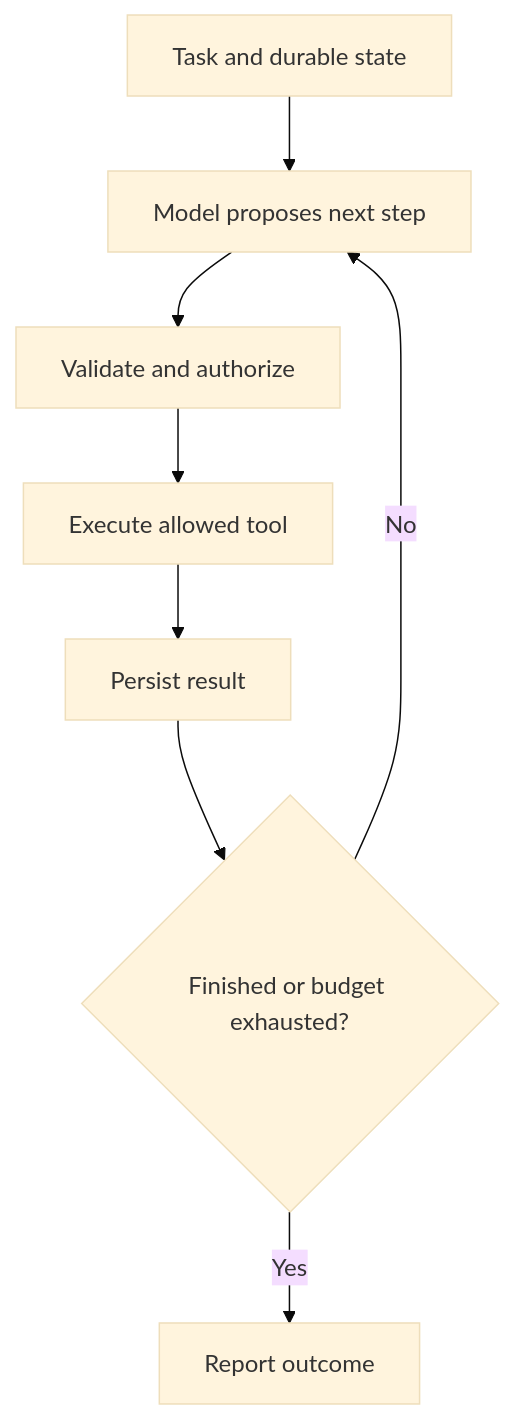
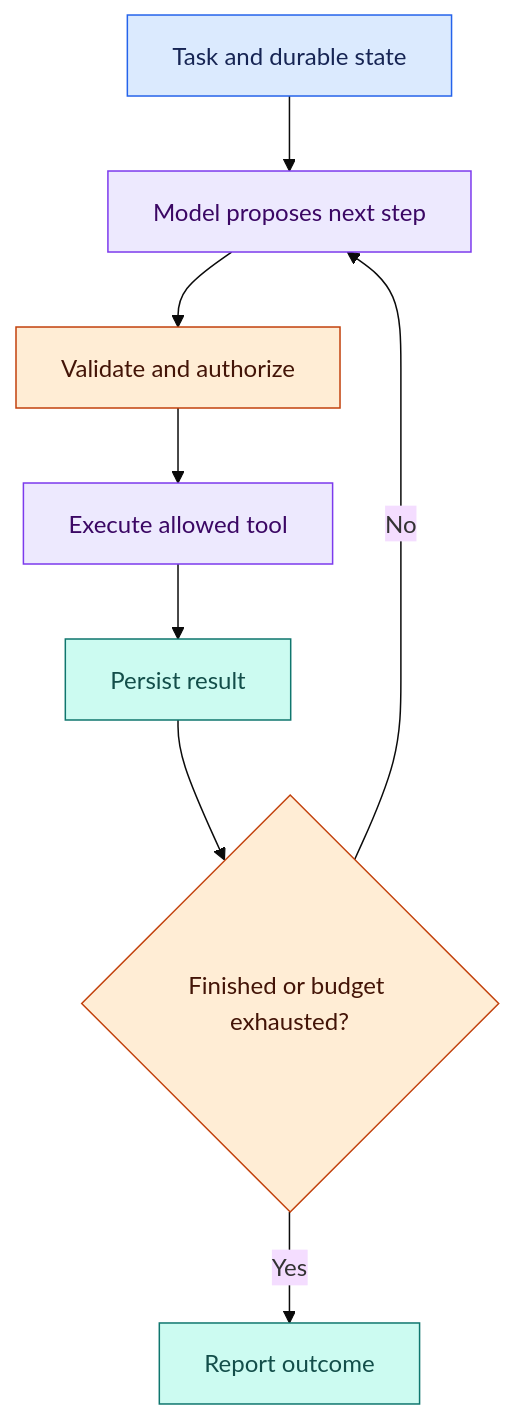
Before and after one commit to Shaktiprasadram22/system-design-26-week-roadmap: the first of 6 diagrams in chapters/06-agents-and-ai-production.md, drawn with Mermaid (base theme). The commit also changed other lines of this file and 21 other files, not shown here.

````diff
--- a/chapters/06-agents-and-ai-production.md
+++ b/chapters/06-agents-and-ai-production.md
@@ -37,10 +40,19 @@
 ```mermaid
 flowchart TD
     A[Task and durable state] --> B[Model proposes next step]
     B --> C[Validate and authorize]
     C --> D[Execute allowed tool]
     D --> E[Persist result]
     E --> F{Finished or budget exhausted?}
     F -->|No| B
     F -->|Yes| G[Report outcome]
+
+    classDef input fill:#dbeafe,stroke:#2563eb,color:#172554;
+    classDef service fill:#ede9fe,stroke:#7c3aed,color:#3b0764;
+    classDef data fill:#ccfbf1,stroke:#0f766e,color:#134e4a;
+    classDef edge fill:#ffedd5,stroke:#c2410c,color:#431407;
+    class A input;
+    class B,D service;
+    class C,F edge;
+    class E,G data;
 ```
````
